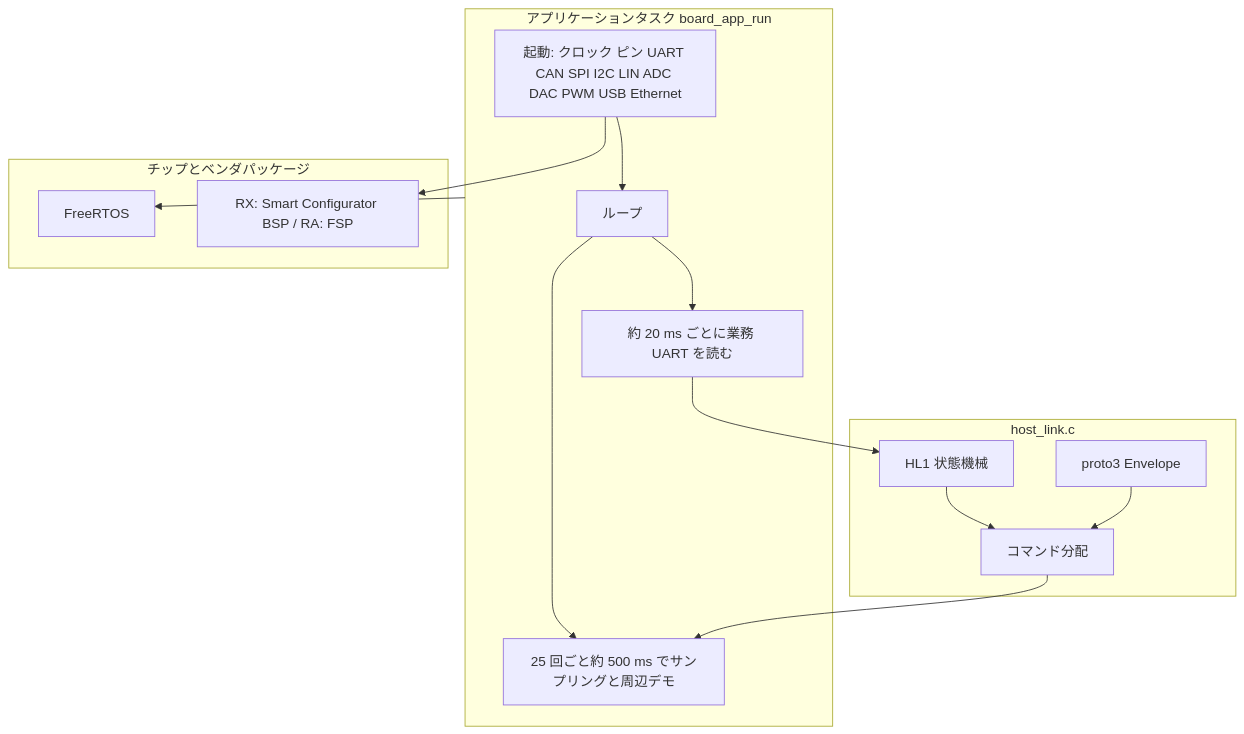
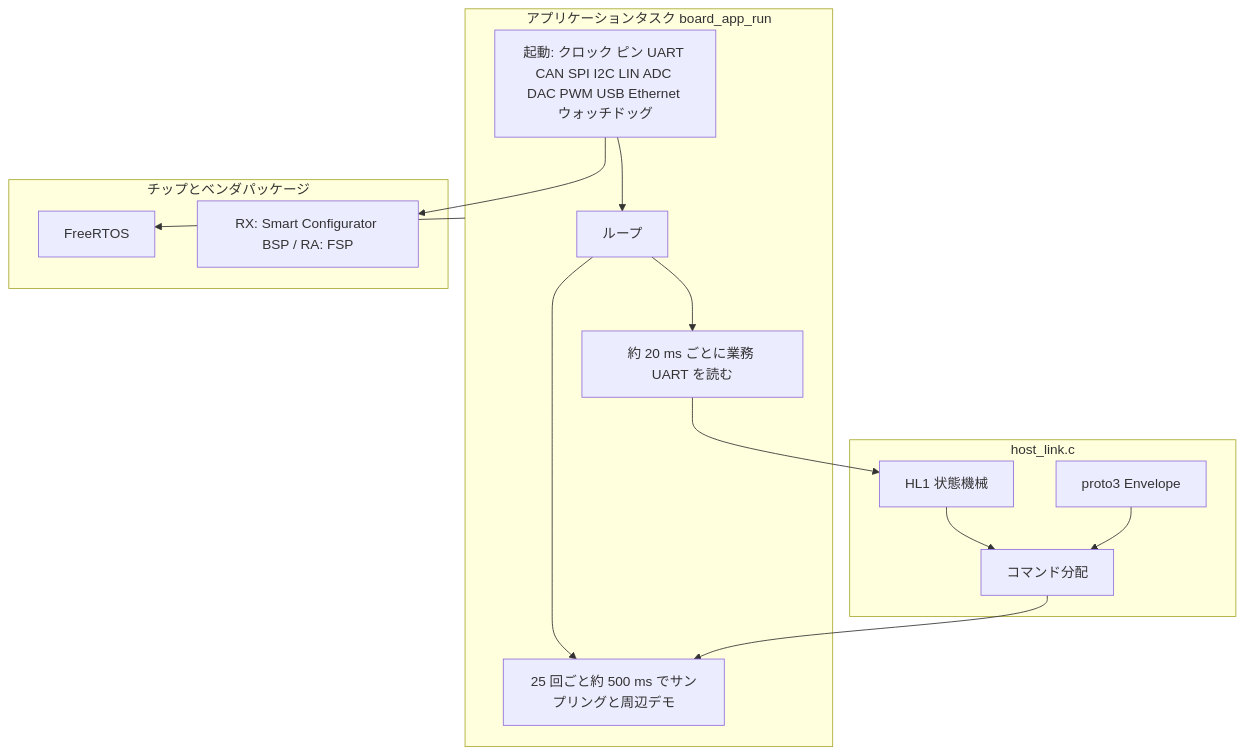
The fourth of 8 diagrams in doc/software_architecture_ja.md (zhenhaibo99/Renesas_RX71M_RA8P), drawn with Mermaid before and after one commit. The commit also changed other lines of this file and 23 other files, not shown here.

````diff
--- a/doc/software_architecture_ja.md
+++ b/doc/software_architecture_ja.md
@@ -138,30 +138,30 @@
 ```mermaid
 flowchart TB
   subgraph task [アプリケーションタスク board_app_run]
-    init[起動: クロック ピン UART CAN SPI I2C LIN ADC DAC PWM USB Ethernet]
+    init[起動: クロック ピン UART CAN SPI I2C LIN ADC DAC PWM USB Ethernet ウォッチドッグ]
     loop[ループ]
     pollUart[約 20 ms ごとに業務 UART を読む]
     pollIo[25 回ごと約 500 ms でサンプリングと周辺デモ]
     init --> loop
     loop --> pollUart
     loop --> pollIo
   end
 
   subgraph link [host_link.c]
     parser[HL1 状態機械]
     pb[proto3 Envelope]
     dispatch[コマンド分配]
     parser --> dispatch
     pb --> dispatch
   end
 
   subgraph chip [チップとベンダパッケージ]
     rtos[FreeRTOS]
     hal[RX: Smart Configurator BSP / RA: FSP]
   end
 
   pollUart --> parser
   dispatch --> pollIo
   task --> rtos
   init --> hal
 ```
````
